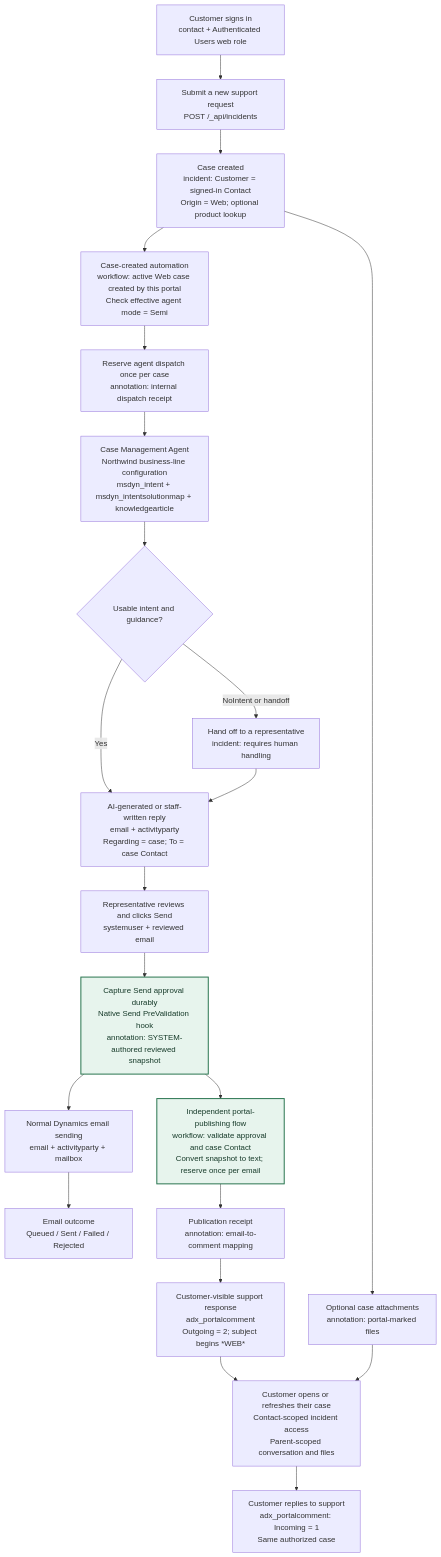
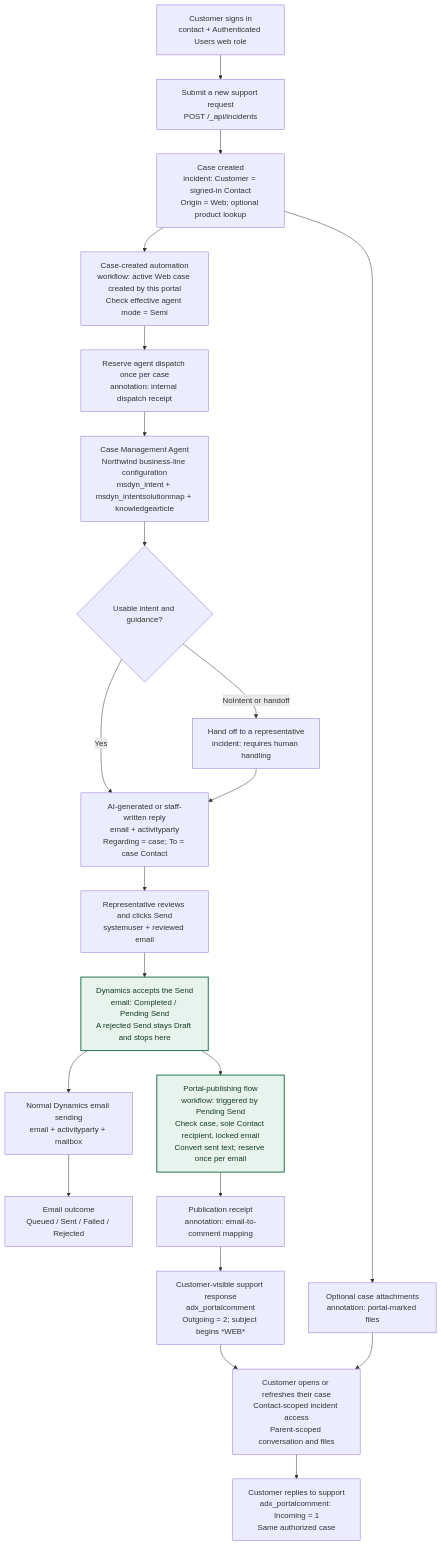
The diagram in templates/spa/modern-css-template/variants/react/website-code/docs/customer-request-flow.md (microsoft/power-pages-samples), drawn with Mermaid before and after one commit. The commit also changed other lines of this file and 24 other files, not shown here.

First line of the commit message:
Publish CMA responses with a flow and return replies to In Progress

````diff
--- a/templates/spa/modern-css-template/variants/react/website-code/docs/customer-request-flow.md
+++ b/templates/spa/modern-css-template/variants/react/website-code/docs/customer-request-flow.md
@@ -5,40 +5,40 @@
 ```mermaid
 flowchart TD
     customer["Customer signs in<br/>contact + Authenticated Users web role"]
     submit["Submit a new support request<br/>POST /_api/incidents"]
     case["Case created<br/>incident: Customer = signed-in Contact<br/>Origin = Web; optional product lookup"]
     files["Optional case attachments<br/>annotation: portal-marked files"]
 
     trigger["Case-created automation<br/>workflow: active Web case created by this portal<br/>Check effective agent mode = Semi"]
     dispatch["Reserve agent dispatch once per case<br/>annotation: internal dispatch receipt"]
     agent["Case Management Agent<br/>Northwind business-line configuration<br/>msdyn_intent + msdyn_intentsolutionmap + knowledgearticle"]
     outcome{"Usable intent and guidance?"}
     handoff["Hand off to a representative<br/>incident: requires human handling"]
     draft["AI-generated or staff-written reply<br/>email + activityparty<br/>Regarding = case; To = case Contact"]
     review["Representative reviews and clicks Send<br/>systemuser + reviewed email"]
 
-    approval["Capture Send approval durably<br/>Native Send PreValidation hook<br/>annotation: SYSTEM-authored reviewed snapshot"]
+    accepted["Dynamics accepts the Send<br/>email: Completed / Pending Send<br/>A rejected Send stays Draft and stops here"]
     mail["Normal Dynamics email sending<br/>email + activityparty + mailbox"]
     mailResult["Email outcome<br/>Queued / Sent / Failed / Rejected"]
-    publish["Independent portal-publishing flow<br/>workflow: validate approval and case Contact<br/>Convert snapshot to text; reserve once per email"]
+    publish["Portal-publishing flow<br/>workflow: triggered by Pending Send<br/>Check case, sole Contact recipient, locked email<br/>Convert sent text; reserve once per email"]
     receipt["Publication receipt<br/>annotation: email-to-comment mapping"]
     response["Customer-visible support response<br/>adx_portalcomment<br/>Outgoing = 2; subject begins *WEB*"]
     view["Customer opens or refreshes their case<br/>Contact-scoped incident access<br/>Parent-scoped conversation and files"]
     reply["Customer replies to support<br/>adx_portalcomment: Incoming = 1<br/>Same authorized case"]
 
     customer --> submit --> case
     case --> files
     case --> trigger --> dispatch --> agent --> outcome
     outcome -->|Yes| draft
     outcome -->|NoIntent or handoff| handoff --> draft
     draft --> review
-    review --> approval
-    approval --> mail --> mailResult
-    approval --> publish
+    review --> accepted
+    accepted --> mail --> mailResult
+    accepted --> publish
     publish --> receipt
     receipt --> response --> view --> reply
     files --> view
 
     classDef independent fill:#e7f4ed,stroke:#26734d,stroke-width:2px,color:#173b2a
-    class approval,publish independent
+    class accepted,publish independent
 ```
````
